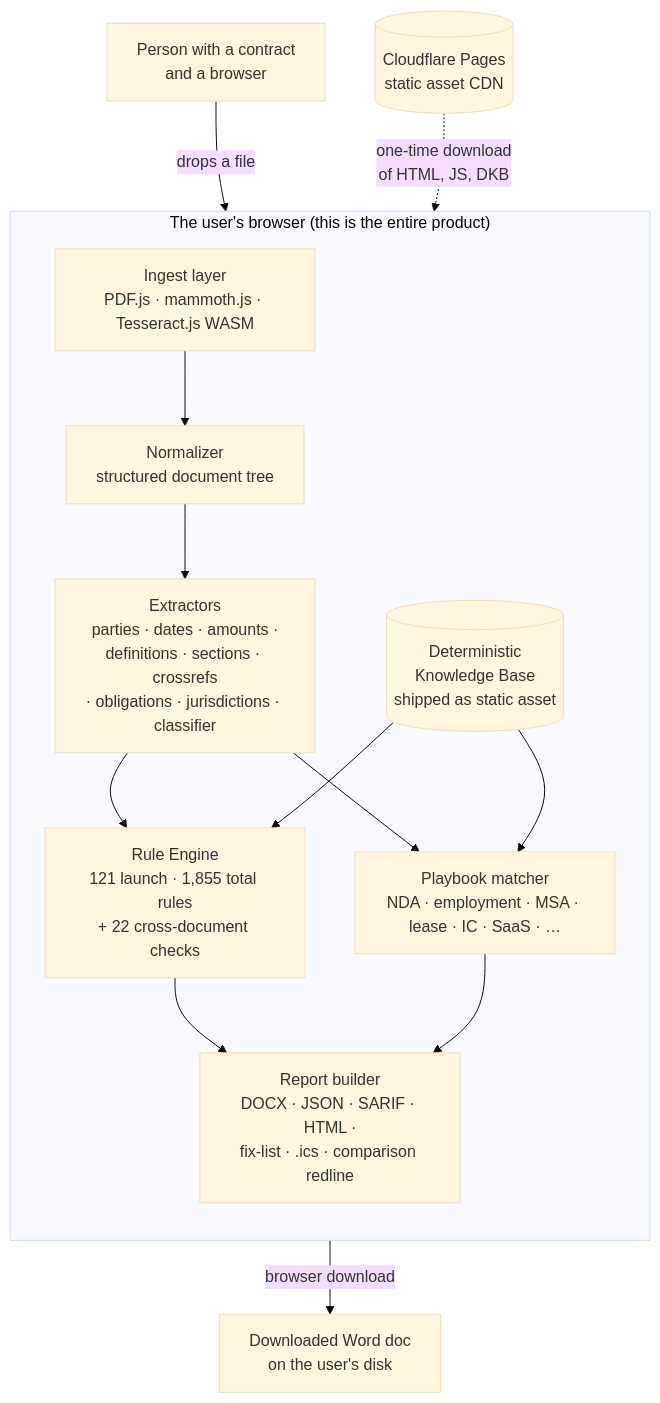
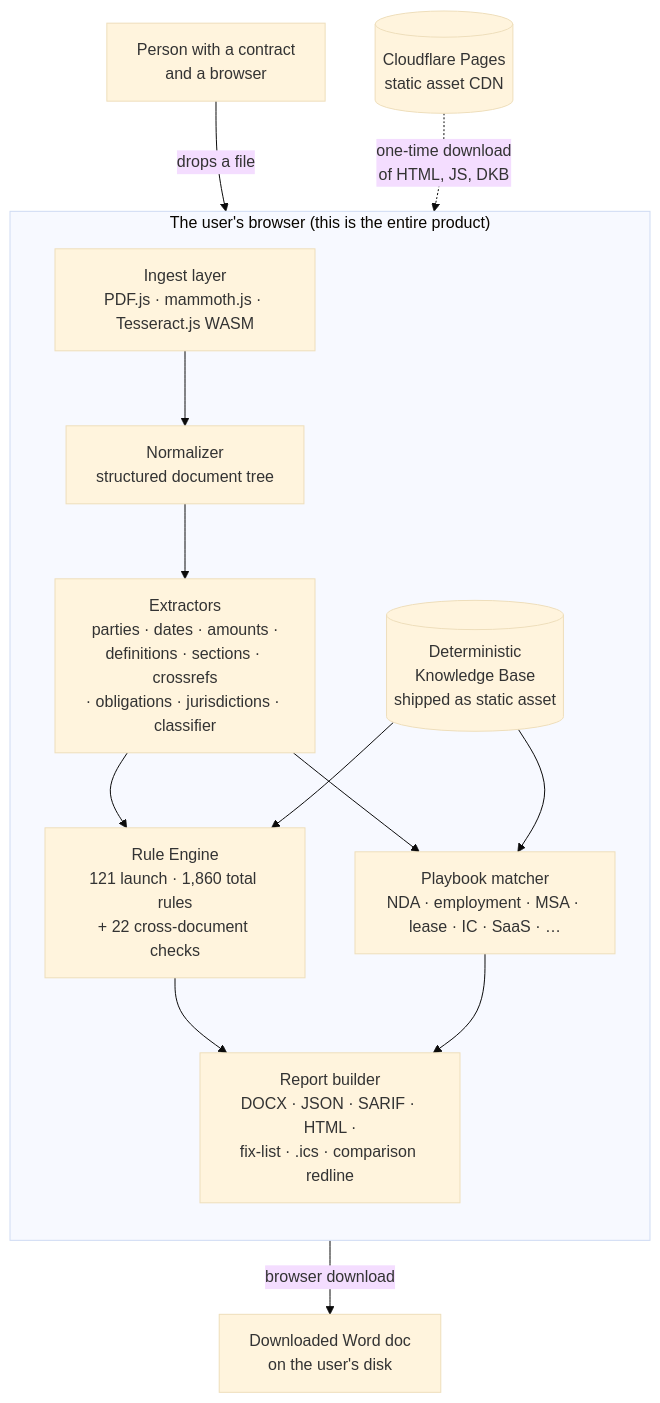
One commit to clay-good/vaulytica changed the diagram in docs/architecture.md. Above: the diagram before and after it, drawn with Mermaid (base theme). The commit also changed other lines of this file and 403 other files, not shown here.

````diff
--- a/docs/architecture.md
+++ b/docs/architecture.md
@@ -5,28 +5,28 @@
 ```mermaid
 flowchart TB
     user[Person with a contract<br/>and a browser]
 
     subgraph browser["The user's browser (this is the entire product)"]
         direction TB
         ingest[Ingest layer<br/>PDF.js · mammoth.js · Tesseract.js WASM]
         normalize[Normalizer<br/>structured document tree]
         extract[Extractors<br/>parties · dates · amounts ·<br/>definitions · sections · crossrefs<br/>· obligations · jurisdictions · classifier]
-        engine[Rule Engine<br/>121 launch · 1,855 total rules<br/>+ 22 cross-document checks]
+        engine[Rule Engine<br/>121 launch · 1,860 total rules<br/>+ 22 cross-document checks]
         playbook[Playbook matcher<br/>NDA · employment · MSA · lease · IC · SaaS · …]
         dkb[(Deterministic<br/>Knowledge Base<br/>shipped as static asset)]
         report[Report builder<br/>DOCX · JSON · SARIF · HTML ·<br/>fix-list · .ics · comparison redline]
     end
 
     cdn[(Cloudflare Pages<br/>static asset CDN)]
     download[Downloaded Word doc<br/>on the user's disk]
 
     user -- "drops a file" --> ingest
     cdn -. "one-time download<br/>of HTML, JS, DKB" .-> browser
     ingest --> normalize --> extract --> engine
     extract --> playbook
     dkb --> engine
     dkb --> playbook
     engine --> report
     playbook --> report
     report -- "browser download" --> download
 ```
````
